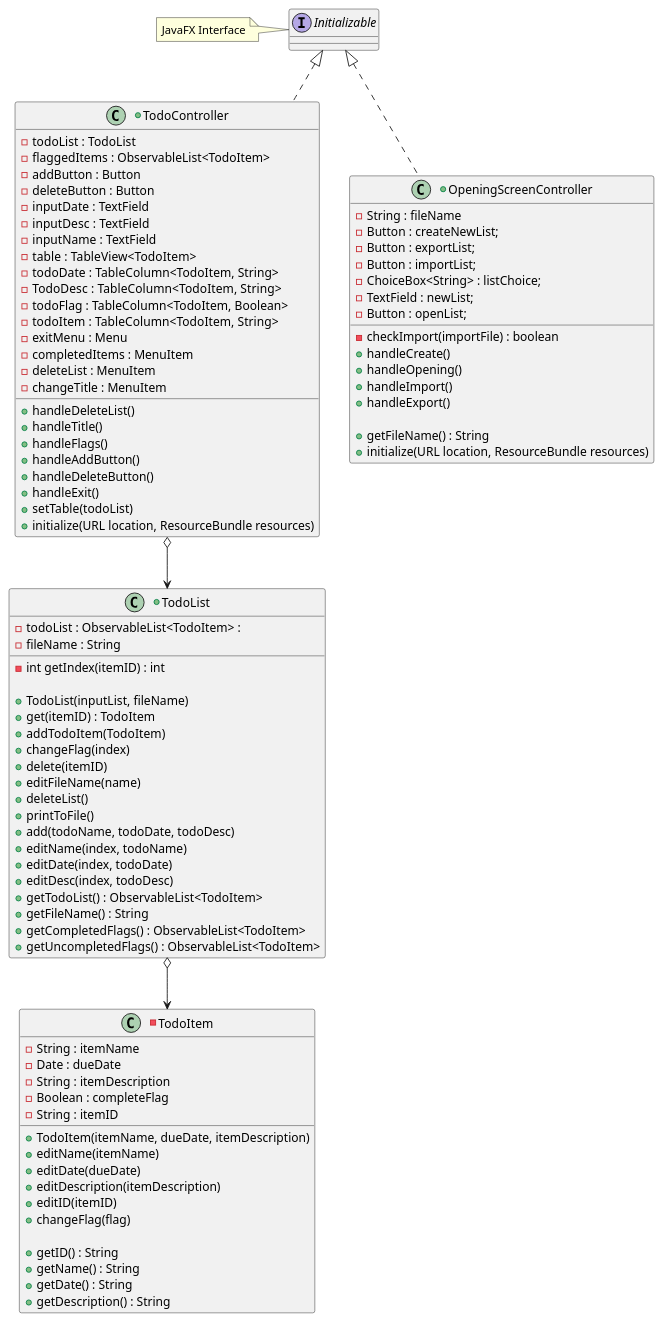
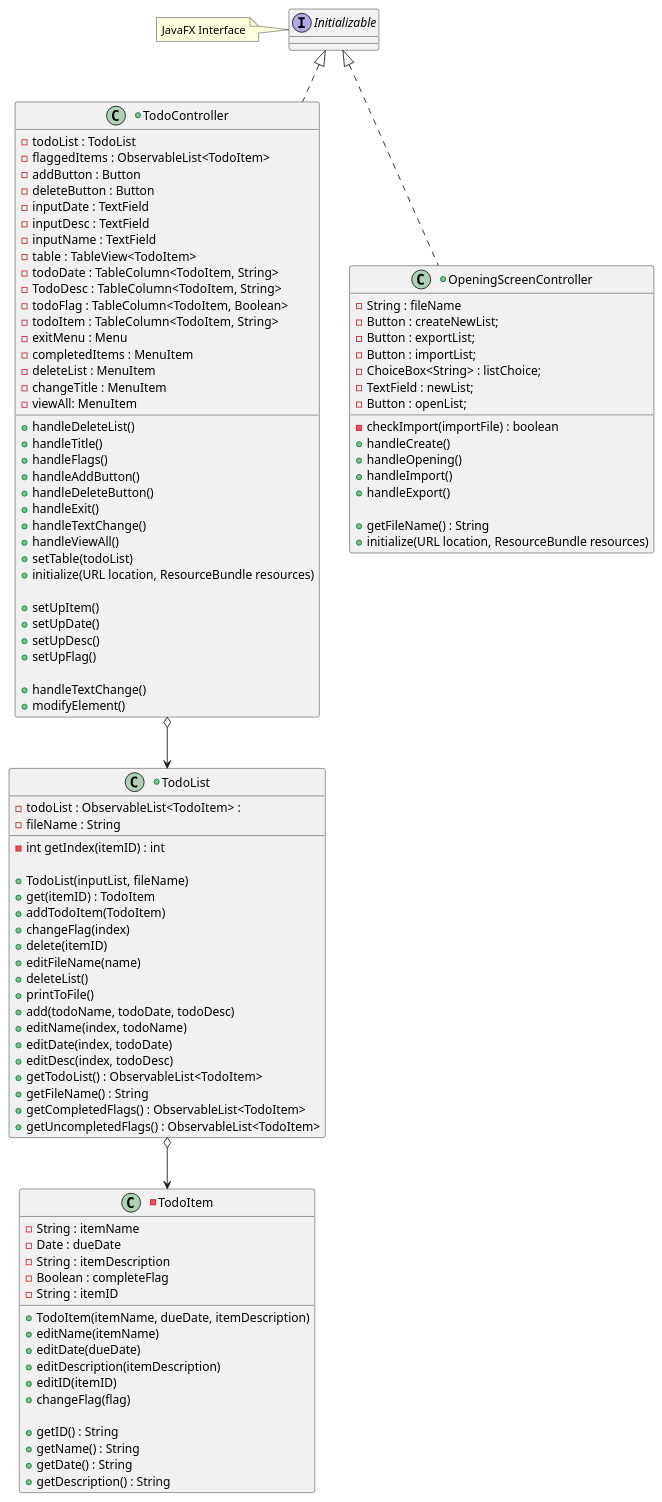
The diagram in docs/Application.puml (jmazor/mazor-app1-design), drawn with PlantUML before and after one commit. The commit also changed 6 other files, not shown here.

```diff
--- a/docs/Application.puml
+++ b/docs/Application.puml
@@ -1,104 +1,113 @@
 @startuml
 'https://plantuml.com/class-diagram
 
 -class TodoItem {
     -String : itemName
     -Date : dueDate
     -String : itemDescription
     -Boolean : completeFlag
     -String : itemID
     +TodoItem(itemName, dueDate, itemDescription)
     +editName(itemName)
     +editDate(dueDate)
     +editDescription(itemDescription)
     +editID(itemID)
     +changeFlag(flag)
 
     +getID() : String
     +getName() : String
     +getDate() : String
     +getDescription() : String
 }
   TodoList o--> TodoItem
   TodoController o--> TodoList
 
 
 +class TodoList {
     -todoList : ObservableList<TodoItem> :
     -fileName : String
 
     -int getIndex(itemID) : int
 
     +TodoList(inputList, fileName)
     +get(itemID) : TodoItem
     +addTodoItem(TodoItem)
     +changeFlag(index)
     +delete(itemID)
     +editFileName(name)
     +deleteList()
     +printToFile()
     +add(todoName, todoDate, todoDesc)
     +editName(index, todoName)
     +editDate(index, todoDate)
     +editDesc(index, todoDesc)
     +getTodoList() : ObservableList<TodoItem>
     +getFileName() : String
     +getCompletedFlags() : ObservableList<TodoItem>
     +getUncompletedFlags() : ObservableList<TodoItem>
 
 }
 
 +class OpeningScreenController implements Initializable {
 
     -String : fileName
     -Button : createNewList;
     -Button : exportList;
     -Button : importList;
     -ChoiceBox<String> : listChoice;
     -TextField : newList;
     -Button : openList;
 
     -checkImport(importFile) : boolean
     +handleCreate()
     +handleOpening()
     +handleImport()
     +handleExport()
 
     +getFileName() : String
     +initialize(URL location, ResourceBundle resources)
 
 }
-
 +class TodoController implements Initializable {
-
     -todoList : TodoList
     -flaggedItems : ObservableList<TodoItem>
     -addButton : Button
     -deleteButton : Button
     -inputDate : TextField
     -inputDesc : TextField
     -inputName : TextField
     -table : TableView<TodoItem>
     -todoDate : TableColumn<TodoItem, String>
     -TodoDesc : TableColumn<TodoItem, String>
     -todoFlag : TableColumn<TodoItem, Boolean>
     -todoItem : TableColumn<TodoItem, String>
     -exitMenu : Menu
     -completedItems : MenuItem
     -deleteList : MenuItem
     -changeTitle : MenuItem
+    -viewAll: MenuItem
     +handleDeleteList()
     +handleTitle()
     +handleFlags()
     +handleAddButton()
     +handleDeleteButton()
     +handleExit()
+    +handleTextChange()
+    +handleViewAll()
     +setTable(todoList)
     +initialize(URL location, ResourceBundle resources)
+
+    +setUpItem()
+    +setUpDate()
+    +setUpDesc()
+    +setUpFlag()
+
+    +handleTextChange()
+    +modifyElement()
 }
 Interface Initializable
 note left: JavaFX Interface
 
 
 
 @enduml
```
